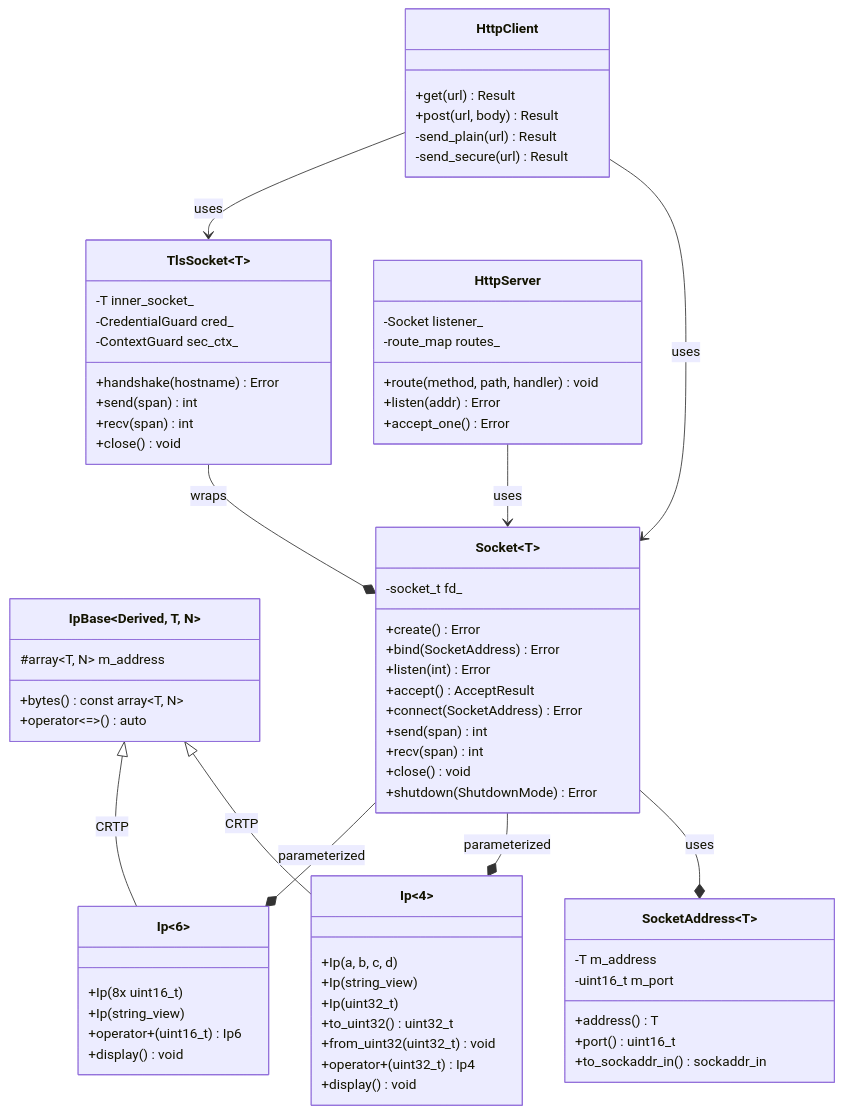
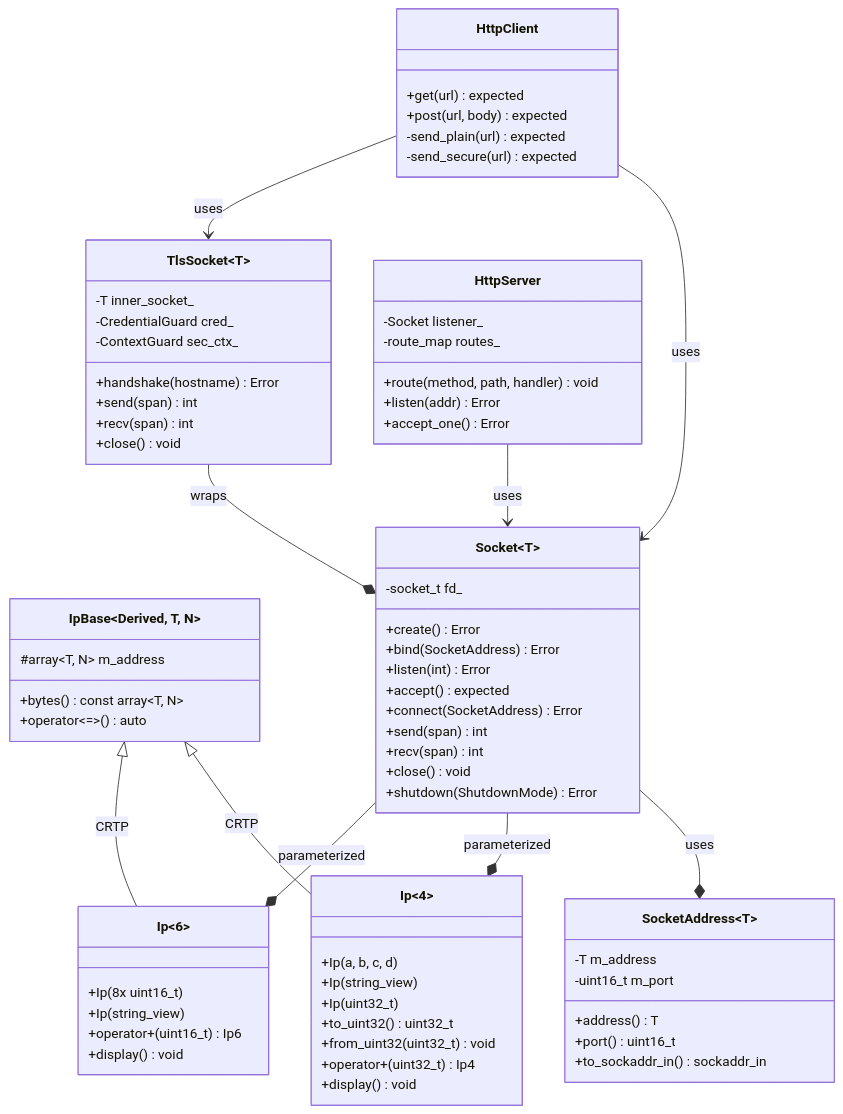
Before and after one commit to zuudevs/etherz: the third of 12 diagrams in docs/ARCHITECTURE.md, drawn with Mermaid. The commit also changed other lines of this file and 14 other files, not shown here.

````diff
--- a/docs/ARCHITECTURE.md
+++ b/docs/ARCHITECTURE.md
@@ -141,81 +141,81 @@
 ```mermaid
 classDiagram
     class IpBase~Derived, T, N~ {
         #array~T, N~ m_address
         +bytes() const array~T, N~
         +operator<=>() auto
     }
 
     class Ip4["Ip&lt;4&gt;"] {
         +Ip(a, b, c, d)
         +Ip(string_view)
         +Ip(uint32_t)
         +to_uint32() uint32_t
         +from_uint32(uint32_t) void
         +operator+(uint32_t) Ip4
         +display() void
     }
 
     class Ip6["Ip&lt;6&gt;"] {
         +Ip(8x uint16_t)
         +Ip(string_view)
         +operator+(uint16_t) Ip6
         +display() void
     }
 
     class SocketAddress~T~ {
         -T m_address
         -uint16_t m_port
         +address() T
         +port() uint16_t
         +to_sockaddr_in() sockaddr_in
     }
 
     class Socket~T~ {
         -socket_t fd_
         +create() Error
         +bind(SocketAddress) Error
         +listen(int) Error
-        +accept() AcceptResult
+        +accept() expected<Connection, Error>
         +connect(SocketAddress) Error
         +send(span) int
         +recv(span) int
         +close() void
         +shutdown(ShutdownMode) Error
     }
 
     class TlsSocket~T~ {
         -T inner_socket_
         -CredentialGuard cred_
         -ContextGuard sec_ctx_
         +handshake(hostname) Error
         +send(span) int
         +recv(span) int
         +close() void
     }
 
     class HttpClient {
-        +get(url) Result
-        +post(url, body) Result
-        -send_plain(url) Result
-        -send_secure(url) Result
+        +get(url) expected<HttpResponse, Error>
+        +post(url, body) expected<HttpResponse, Error>
+        -send_plain(url) expected<HttpResponse, Error>
+        -send_secure(url) expected<HttpResponse, Error>
     }
 
     class HttpServer {
         -Socket listener_
         -route_map routes_
         +route(method, path, handler) void
         +listen(addr) Error
         +accept_one() Error
     }
 
     IpBase <|-- Ip4 : CRTP
     IpBase <|-- Ip6 : CRTP
     Socket --* SocketAddress : uses
     Socket --* Ip4 : parameterized
     Socket --* Ip6 : parameterized
     TlsSocket --* Socket : wraps
     HttpClient --> Socket : uses
     HttpClient --> TlsSocket : uses
     HttpServer --> Socket : uses
 ```
````
